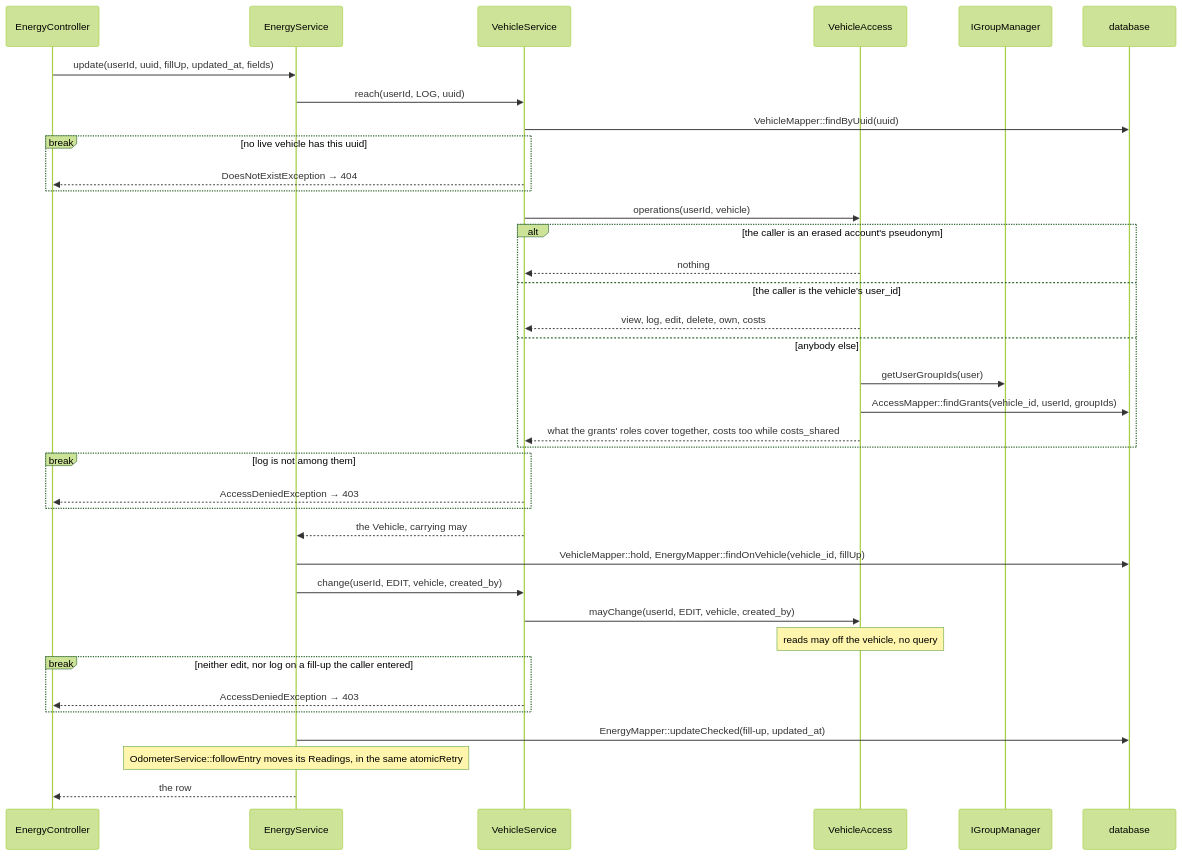
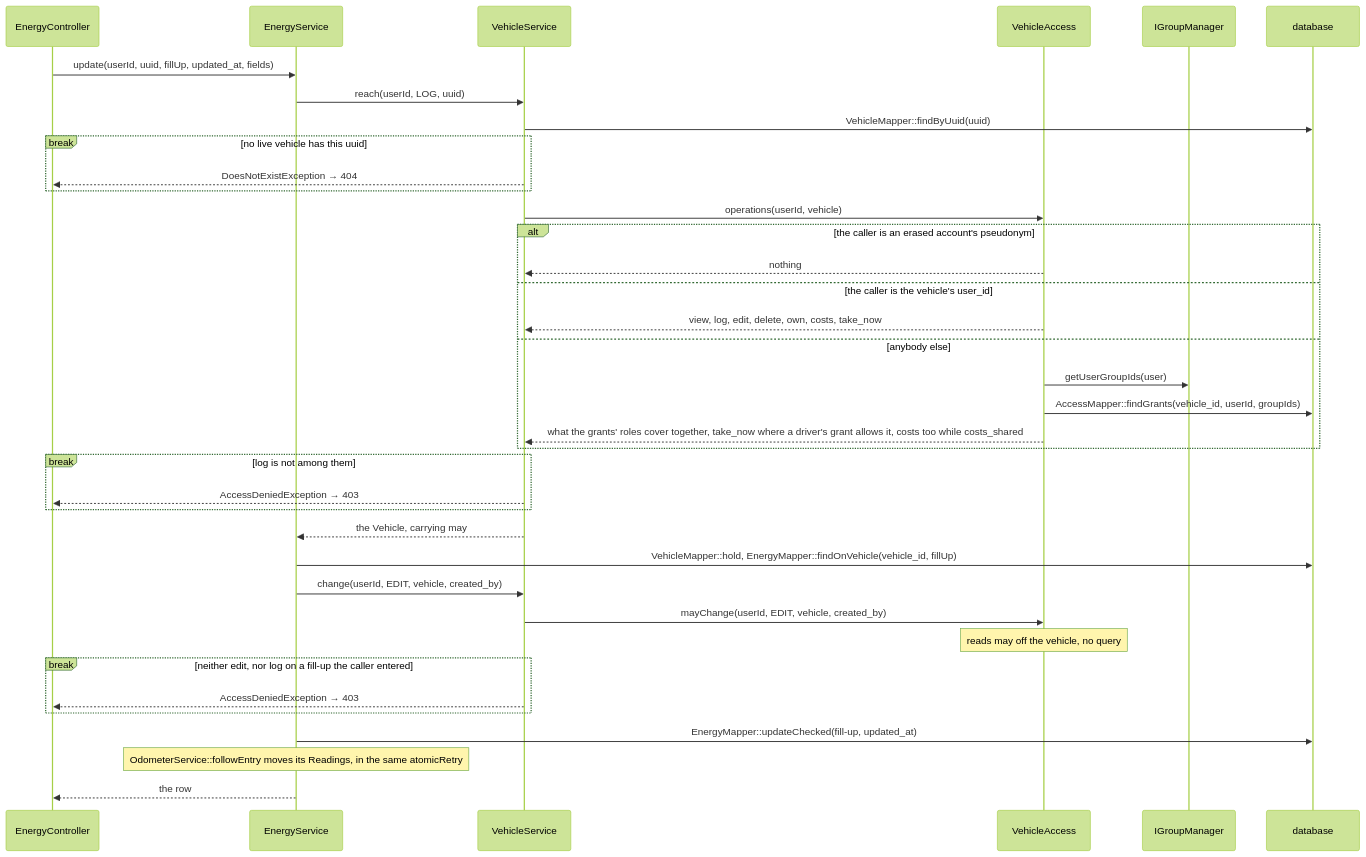
The first of 11 diagrams in docs/design/flows.md (typical42/next-fleet), drawn with Mermaid (forest theme) before and after one commit. The commit also changed other lines of this file and 136 other files, not shown here.

````diff
--- a/docs/design/flows.md
+++ b/docs/design/flows.md
@@ -14,39 +14,39 @@
 ```mermaid
 sequenceDiagram
     participant Controller as EnergyController
     participant Energy as EnergyService
     participant Fleet as VehicleService
     participant Access as VehicleAccess
     participant Groups as IGroupManager
     participant db as database
     Controller->>Energy: update(userId, uuid, fillUp, updated_at, fields)
     Energy->>Fleet: reach(userId, LOG, uuid)
     Fleet->>db: VehicleMapper::findByUuid(uuid)
     break no live vehicle has this uuid
         Fleet-->>Controller: DoesNotExistException → 404
     end
     Fleet->>Access: operations(userId, vehicle)
     alt the caller is an erased account's pseudonym
         Access-->>Fleet: nothing
     else the caller is the vehicle's user_id
-        Access-->>Fleet: view, log, edit, delete, own, costs
+        Access-->>Fleet: view, log, edit, delete, own, costs, take_now
     else anybody else
         Access->>Groups: getUserGroupIds(user)
         Access->>db: AccessMapper::findGrants(vehicle_id, userId, groupIds)
-        Access-->>Fleet: what the grants' roles cover together, costs too while costs_shared
+        Access-->>Fleet: what the grants' roles cover together, take_now where a driver's grant allows it, costs too while costs_shared
     end
     break log is not among them
         Fleet-->>Controller: AccessDeniedException → 403
     end
     Fleet-->>Energy: the Vehicle, carrying may
     Energy->>db: VehicleMapper::hold, EnergyMapper::findOnVehicle(vehicle_id, fillUp)
     Energy->>Fleet: change(userId, EDIT, vehicle, created_by)
     Fleet->>Access: mayChange(userId, EDIT, vehicle, created_by)
     Note over Access: reads may off the vehicle, no query
     break neither edit, nor log on a fill-up the caller entered
         Fleet-->>Controller: AccessDeniedException → 403
     end
     Energy->>db: EnergyMapper::updateChecked(fill-up, updated_at)
     Note over Energy: OdometerService::followEntry moves its Readings, in the same atomicRetry
     Energy-->>Controller: the row
 ```
````
